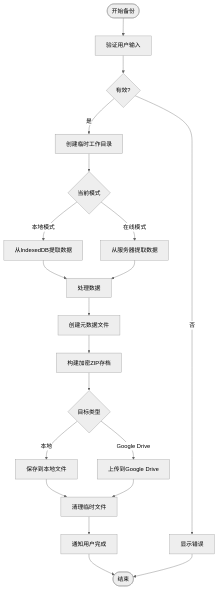
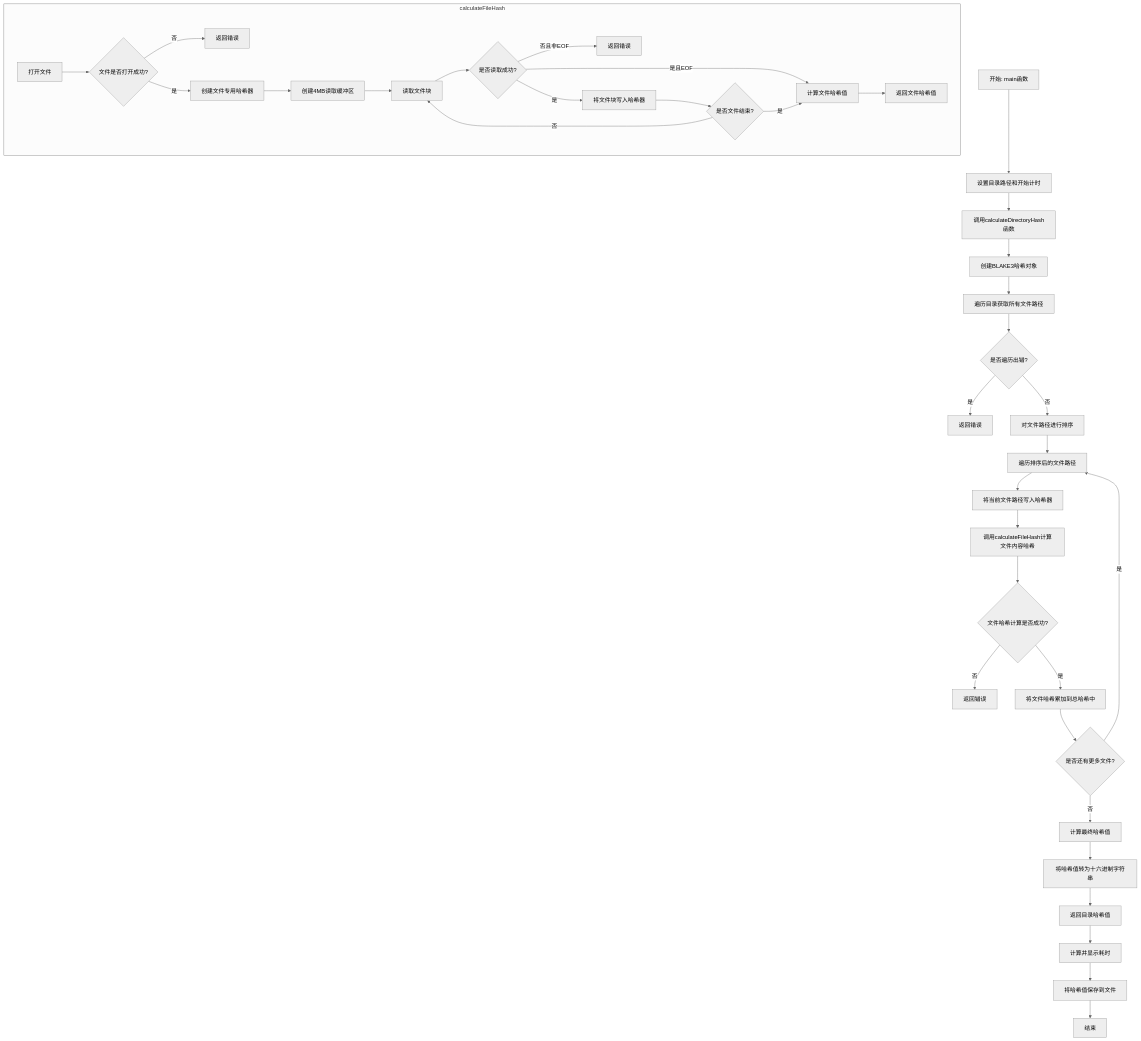
The diagram in all/未命名-60.md (yingjianzh/iodraw-files), drawn with Mermaid (neutral theme) before and after one commit.

Commit message:
2025-05-15 14:22:55 update

````diff
--- a/all/未命名-60.md
+++ b/all/未命名-60.md
@@ -1,31 +1,52 @@
 ```mermaid
-
 flowchart TD
-    Start([开始备份]) --> ValidateInput[验证用户输入]
-    ValidateInput --> InputValid{有效?}
-    InputValid -->|否| ShowError[显示错误]
-    InputValid -->|是| CreateTemp[创建临时工作目录]
+    A[开始: main函数] --> B[设置目录路径和开始计时]
+    B --> C[调用calculateDirectoryHash函数]
     
-    CreateTemp --> CheckMode{当前模式}
-    CheckMode -->|本地模式| ExtractFromIndexedDB[从IndexedDB提取数据]
-    CheckMode -->|在线模式| ExtractFromServer[从服务器提取数据]
+    C --> D[创建BLAKE3哈希对象]
+    D --> E[遍历目录获取所有文件路径]
     
-    ExtractFromIndexedDB --> ProcessData[处理数据]
-    ExtractFromServer --> ProcessData
+    E --> F{是否遍历出错?}
+    F -->|是| G[返回错误]
+    F -->|否| H[对文件路径进行排序]
     
-    ProcessData --> CreateMetadata[创建元数据文件]
-    CreateMetadata --> BuildArchive[构建加密ZIP存档]
+    H --> I[遍历排序后的文件路径]
+    I --> J[将当前文件路径写入哈希器]
+    J --> K[调用calculateFileHash计算文件内容哈希]
     
-    BuildArchive --> DestinationType{目标类型}
-    DestinationType -->|本地| SaveToLocal[保存到本地文件]
-    DestinationType -->|Google Drive| UploadToGDrive[上传到Google Drive]
+    K --> L{文件哈希计算是否成功?}
+    L -->|否| M[返回错误]
+    L -->|是| N[将文件哈希累加到总哈希中]
     
-    SaveToLocal --> CleanupTemp[清理临时文件]
-    UploadToGDrive --> CleanupTemp
+    N --> O{是否还有更多文件?}
+    O -->|是| I
+    O -->|否| P[计算最终哈希值]
     
-    CleanupTemp --> NotifyUser[通知用户完成]
-    NotifyUser --> End([结束])
+    P --> Q[将哈希值转为十六进制字符串]
+    Q --> R[返回目录哈希值]
     
-    ShowError --> End
-
+    R --> S[计算并显示耗时]
+    S --> T[将哈希值保存到文件]
+    T --> U[结束]
+    
+    %% 文件哈希计算子流程
+    subgraph calculateFileHash
+        K1[打开文件] --> K2{文件是否打开成功?}
+        K2 -->|否| K3[返回错误]
+        K2 -->|是| K4[创建文件专用哈希器]
+        
+        K4 --> K5[创建4MB读取缓冲区]
+        K5 --> K6[读取文件块]
+        
+        K6 --> K7{是否读取成功?}
+        K7 -->|否且非EOF| K8[返回错误]
+        K7 -->|是| K9[将文件块写入哈希器]
+        K9 --> K10{是否文件结束?}
+        K10 -->|否| K6
+        
+        K7 -->|是且EOF| K11[计算文件哈希值]
+        K10 -->|是| K11
+        
+        K11 --> K12[返回文件哈希值]
+    end
 ```
````
